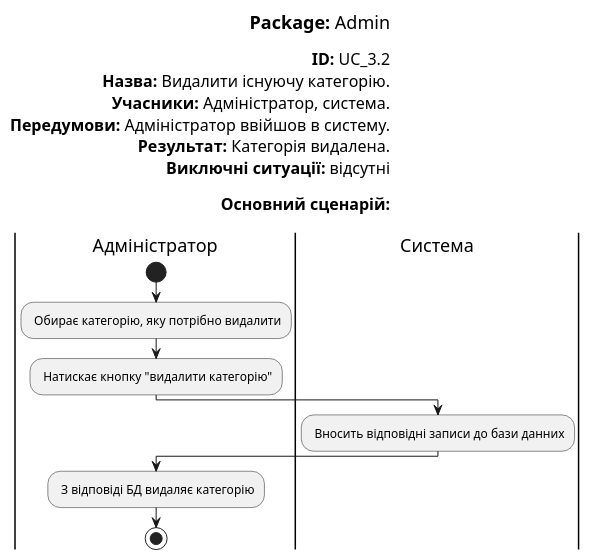
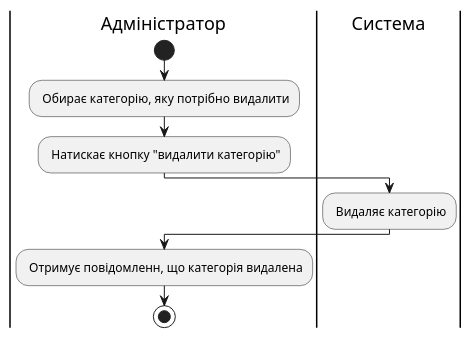
One commit to KarmazinN/db_open_data changed the diagram in src/uml/UC_3.2.puml. Above: the diagram before and after it, drawn with PlantUML.

```diff
--- a/src/uml/UC_3.2.puml
+++ b/src/uml/UC_3.2.puml
@@ -1,39 +1,25 @@
 @startuml
 skinparam ArchimateBackgroundColor #ffffff
 skinparam	shadowing false
 skinparam Note {
 	BackgroundColor #f85658
 	FontColor #ffffff
 }
 
-left header
-<font color=000 size=18><b>Package:</b> Admin
-
-<font color=000 size=16><b>ID:</b> UC_3.2
-<font color=000 size=16><b>Назва:</b> Видалити існуючу категорію.
-<font color=000 size=16><b>Учасники:</b> Адміністратор, система.
-<font color=000 size=16><b>Передумови:</b> Адміністратор ввійшов в систему.
-<font color=000 size=16><b>Результат:</b> Категорія видалена.
-<font color=000 size=16><b>Виключні ситуації:</b> відсутні
-
-<font color=000 size=16><b>Основний сценарій:</b>
-
-end header
-
 |Адміністратор|
 start
 : Обирає категорію, яку потрібно видалити;
 : Натискає кнопку "видалити категорію";
 
 |Система|
 
-: Вносить відповідні записи до бази данних;
+: Видаляє категорію;
 
 |Адміністратор|
 
-: З відповіді БД видаляє категорію;
+: Отримує повідомленн, що категорія видалена;
 
 stop;
 
 
 @enduml
```
